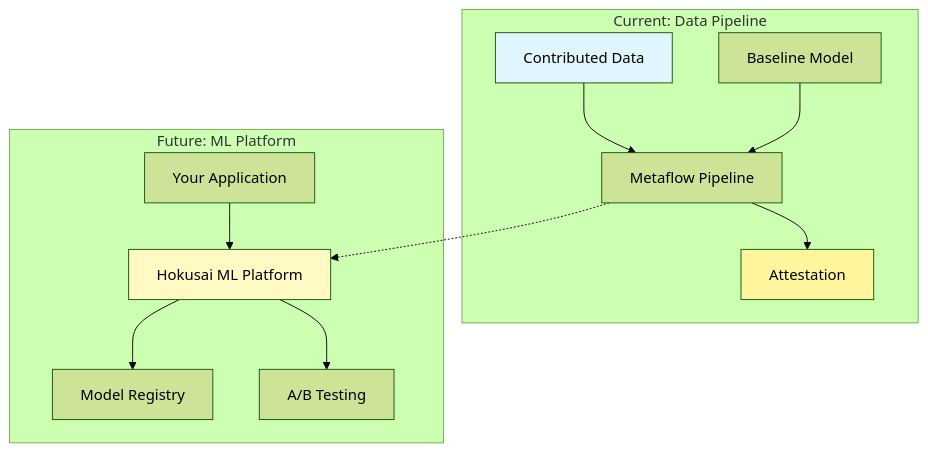
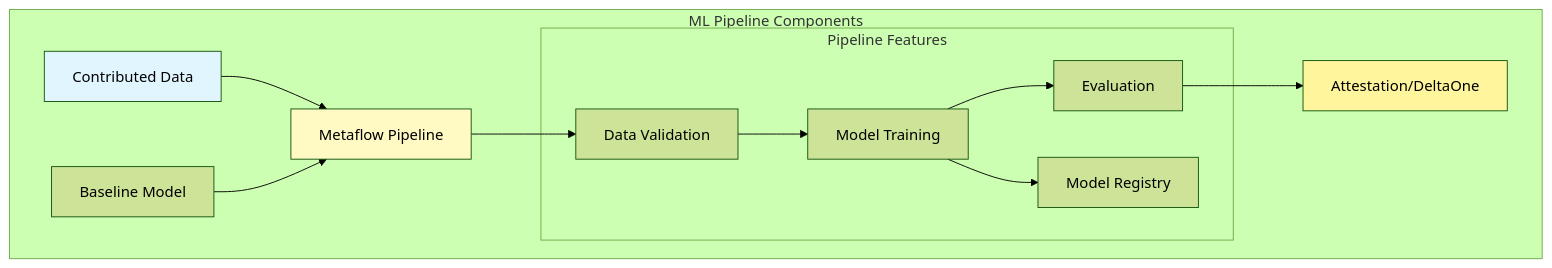
The first of 2 diagrams in docs/docs/ml-infrastructure/overview.md (Hokusai-protocol/hokusai-docs), drawn with Mermaid (forest theme) before and after one commit. The commit also changed other lines of this file and 1 other file, not shown here.

First line of the commit message:
Correct ML infrastructure documentation to reflect current reality

````diff
--- a/docs/docs/ml-infrastructure/overview.md
+++ b/docs/docs/ml-infrastructure/overview.md
@@ -14,30 +14,28 @@
 ```mermaid
 graph TB
-    subgraph "Current: Data Pipeline"
+    subgraph "ML Pipeline Components"
         CD[Contributed Data]
         BM[Baseline Model]
         PIPE[Metaflow Pipeline]
-        ATT[Attestation]
+        ATT[Attestation/DeltaOne]
+        
+        subgraph "Pipeline Features"
+            VAL[Data Validation]
+            TRAIN[Model Training]
+            EVAL[Evaluation]
+            REG[Model Registry]
+        end
         
         CD --> PIPE
         BM --> PIPE
-        PIPE --> ATT
+        PIPE --> VAL
+        VAL --> TRAIN
+        TRAIN --> EVAL
+        EVAL --> ATT
+        TRAIN --> REG
     end
-    
-    subgraph "Future: ML Platform"
-        APP[Your Application]
-        PLATFORM[Hokusai ML Platform]
-        REG[Model Registry]
-        AB[A/B Testing]
-        
-        APP --> PLATFORM
-        PLATFORM --> REG
-        PLATFORM --> AB
-    end
-    
-    PIPE -.-> PLATFORM
     
     style CD fill:#e1f5fe
     style ATT fill:#fff59d
-    style PLATFORM fill:#fff9c4
+    style PIPE fill:#fff9c4
 ```
````
